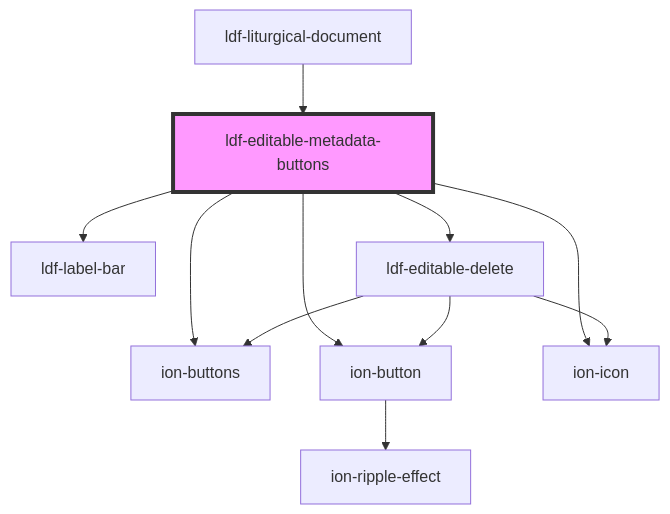
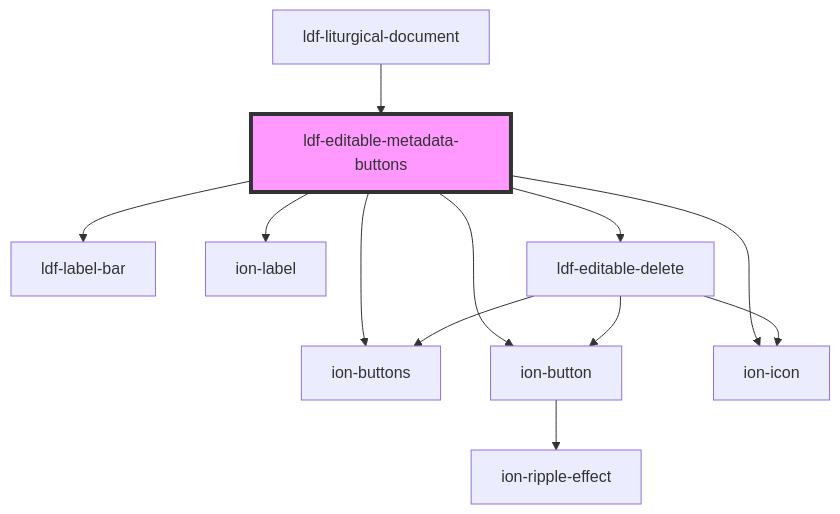
The diagram in components/src/components/editable-metadata-buttons/readme.md (gbj/venite), drawn with Mermaid before and after one commit. The commit also changed other lines of this file and 73 other files, not shown here.

````diff
--- a/components/src/components/editable-metadata-buttons/readme.md
+++ b/components/src/components/editable-metadata-buttons/readme.md
@@ -41,14 +44,15 @@
 ```mermaid
 graph TD;
   ldf-editable-metadata-buttons --> ldf-label-bar
   ldf-editable-metadata-buttons --> ion-buttons
   ldf-editable-metadata-buttons --> ion-button
+  ldf-editable-metadata-buttons --> ion-label
   ldf-editable-metadata-buttons --> ion-icon
   ldf-editable-metadata-buttons --> ldf-editable-delete
   ion-button --> ion-ripple-effect
   ldf-editable-delete --> ion-buttons
   ldf-editable-delete --> ion-button
   ldf-editable-delete --> ion-icon
   ldf-liturgical-document --> ldf-editable-metadata-buttons
   style ldf-editable-metadata-buttons fill:#f9f,stroke:#333,stroke-width:4px
 ```
````
